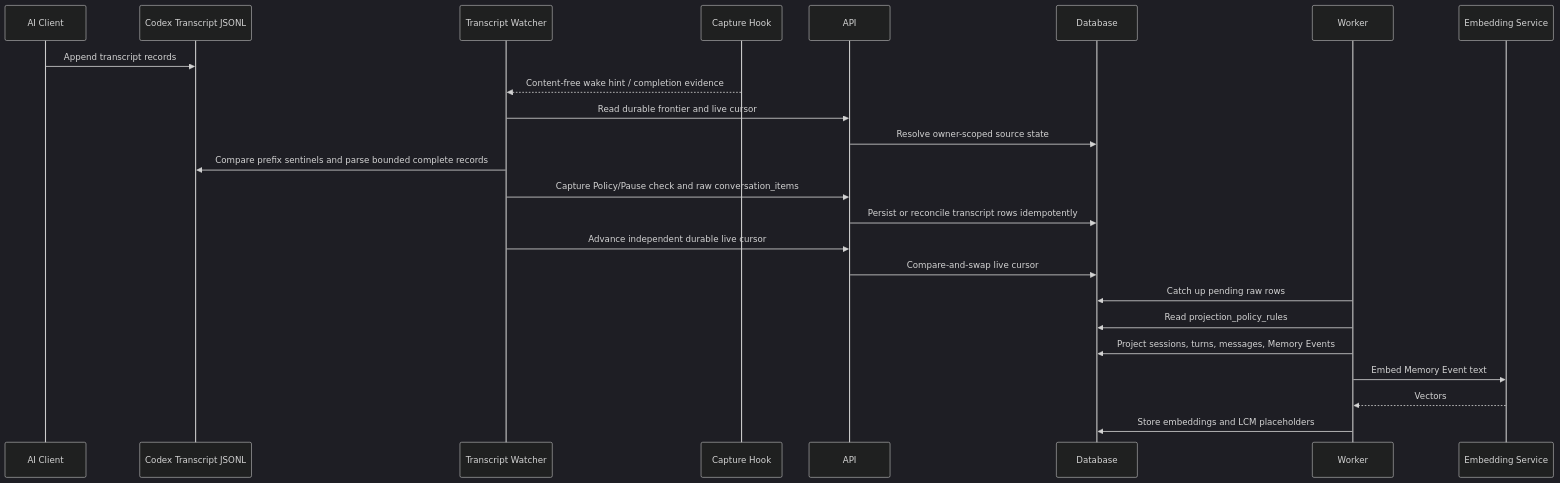
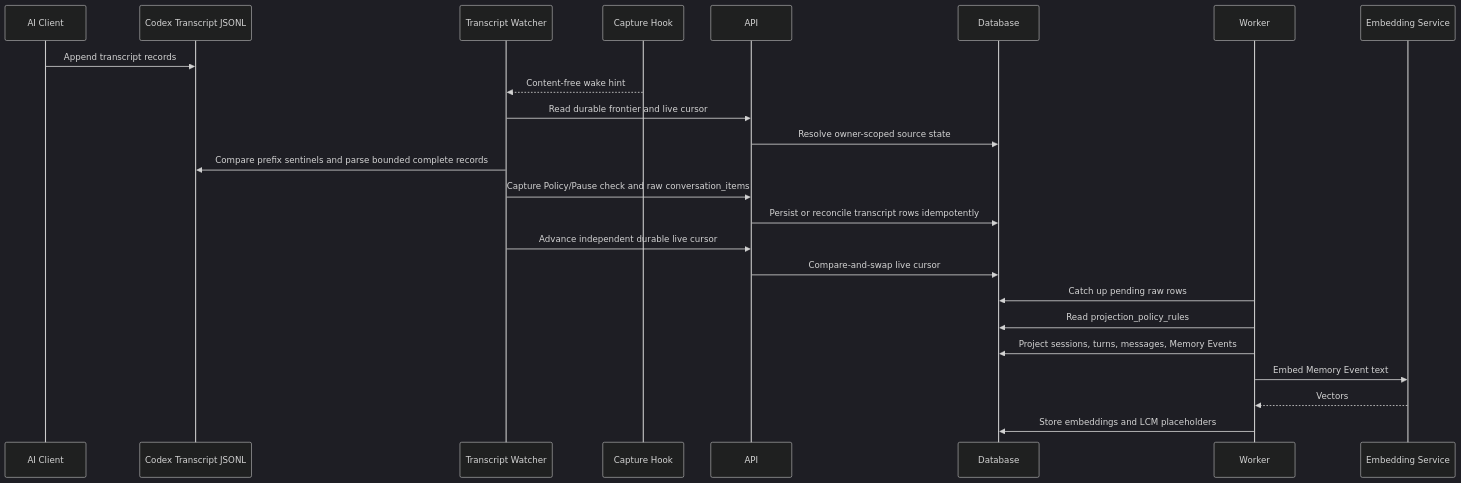
The first of 5 diagrams in docs/service-sequence-overview.md (johncarmack1984/koed), drawn with Mermaid (dark theme) before and after one commit. The commit also changed other lines of this file and 720 other files, not shown here.

````diff
--- a/docs/service-sequence-overview.md
+++ b/docs/service-sequence-overview.md
@@ -691,27 +764,27 @@
 ```mermaid
 sequenceDiagram
   participant Client as AI Client
   participant Transcript as Codex Transcript JSONL
   participant Watcher as Transcript Watcher
   participant Hook as Capture Hook
   participant API as API
   participant DB as Database
   participant Worker as Worker
   participant Embed as Embedding Service
 
   Client->>Transcript: Append transcript records
-  Hook-->>Watcher: Content-free wake hint / completion evidence
+  Hook-->>Watcher: Content-free wake hint
   Watcher->>API: Read durable frontier and live cursor
   API->>DB: Resolve owner-scoped source state
   Watcher->>Transcript: Compare prefix sentinels and parse bounded complete records
   Watcher->>API: Capture Policy/Pause check and raw conversation_items
   API->>DB: Persist or reconcile transcript rows idempotently
   Watcher->>API: Advance independent durable live cursor
   API->>DB: Compare-and-swap live cursor
   Worker->>DB: Catch up pending raw rows
   Worker->>DB: Read projection_policy_rules
   Worker->>DB: Project sessions, turns, messages, Memory Events
   Worker->>Embed: Embed Memory Event text
   Embed-->>Worker: Vectors
   Worker->>DB: Store embeddings and LCM placeholders
 ```
````
